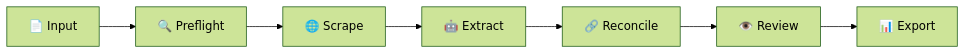
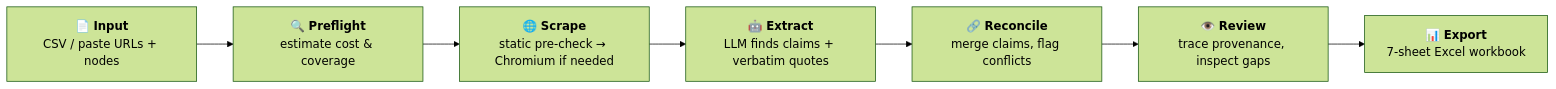
The diagram in README.md (Ali0x2f/seo_pipeline), drawn with Mermaid (forest theme) before and after one commit.

Commit message:
docs: add description subtitles to Mermaid pipeline nodes

````diff
--- a/README.md
+++ b/README.md
@@ -6,9 +6,9 @@
 ```mermaid
 flowchart LR
-    A[📄 Input] --> B[🔍 Preflight]
-    B --> C[🌐 Scrape]
-    C --> D[🤖 Extract]
-    D --> E[🔗 Reconcile]
-    E --> F[👁️ Review]
-    F --> G[📊 Export]
+    A["📄 <b>Input</b><br/>CSV / paste URLs + nodes"] --> B["🔍 <b>Preflight</b><br/>estimate cost & coverage"]
+    B --> C["🌐 <b>Scrape</b><br/>static pre-check → Chromium if needed"]
+    C --> D["🤖 <b>Extract</b><br/>LLM finds claims + verbatim quotes"]
+    D --> E["🔗 <b>Reconcile</b><br/>merge claims, flag conflicts"]
+    E --> F["👁️ <b>Review</b><br/>trace provenance, inspect gaps"]
+    F --> G["📊 <b>Export</b><br/>7-sheet Excel workbook"]
 ```
````
